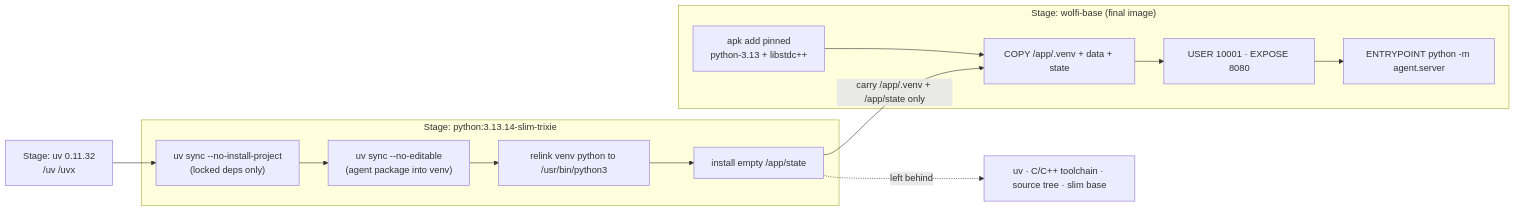
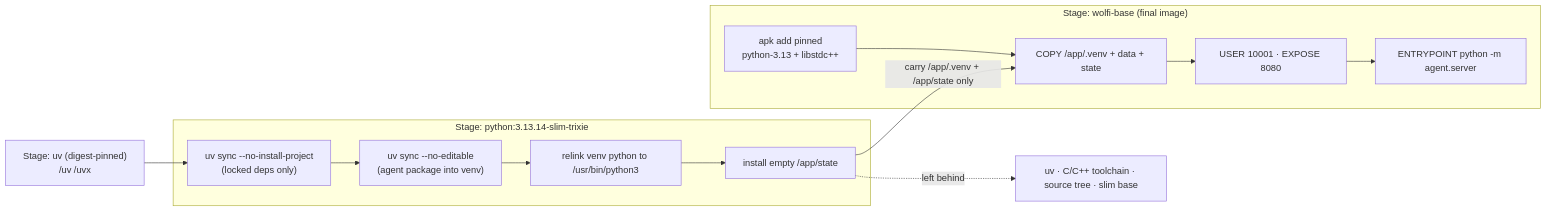
One commit to LuiGGi629/agentops-open-course changed the first of 2 diagrams in docs/6. Platform/6.1. Containers.md. Above: the diagram before and after it, drawn with Mermaid. The commit also changed other lines of this file and 71 other files, not shown here.

First line of the commit message:
docs(course): order pages by the learner's dependency graph and add a practice loop

````diff
--- a/docs/6. Platform/6.1. Containers.md
+++ b/docs/6. Platform/6.1. Containers.md
@@ -55,16 +55,16 @@
 ```mermaid
 flowchart LR
-    UV["Stage: uv 0.11.32<br/>/uv /uvx"] --> B1
+    UV["Stage: uv (digest-pinned)<br/>/uv /uvx"] --> B1
     subgraph build["Stage: python:3.13.14-slim-trixie"]
         B1["uv sync --no-install-project<br/>(locked deps only)"] --> B2["uv sync --no-editable<br/>(agent package into venv)"]
         B2 --> B3["relink venv python to /usr/bin/python3"]
         B3 --> B4["install empty /app/state"]
     end
     subgraph runtime["Stage: wolfi-base (final image)"]
         R1["apk add pinned<br/>python-3.13 + libstdc++"] --> R2["COPY /app/.venv + data + state"]
         R2 --> R3["USER 10001 · EXPOSE 8080"]
         R3 --> R4["ENTRYPOINT python -m agent.server"]
     end
     B4 -->|"carry /app/.venv + /app/state only"| R2
     B4 -.->|left behind| L["uv · C/C++ toolchain · source tree · slim base"]
 ```
````
